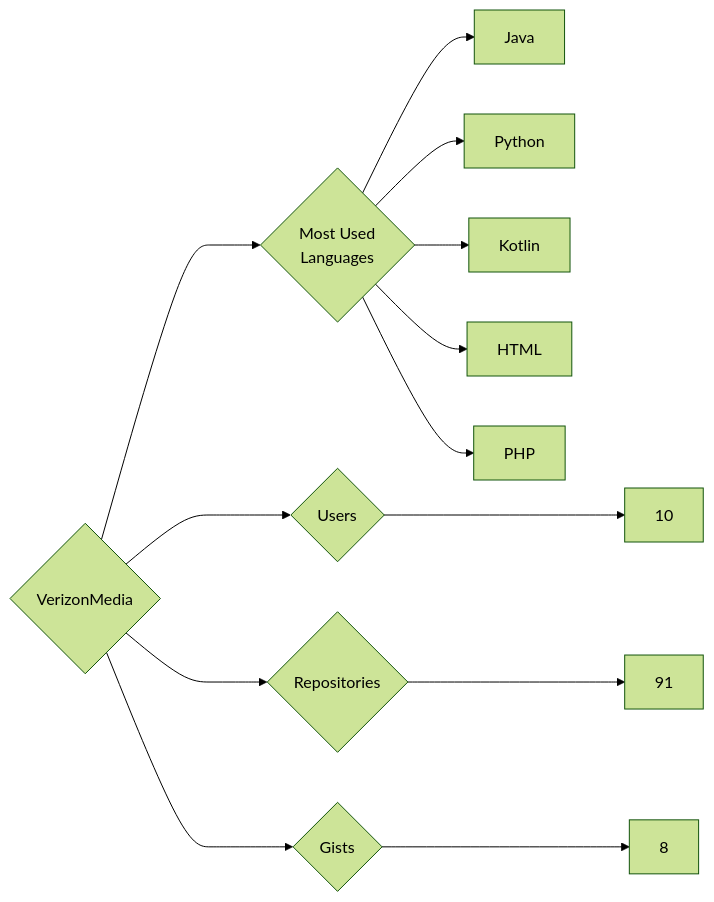
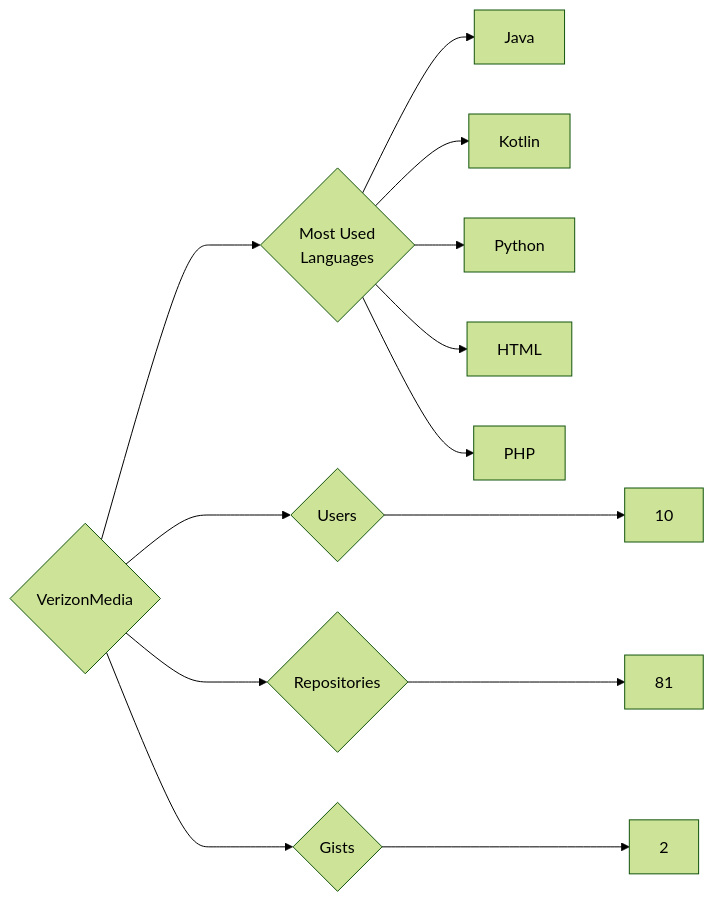
One commit to trickest/insiders changed the diagram in targets/VerizonMedia/README.md. Above: the diagram before and after it, drawn with Mermaid (forest theme). The commit also changed 1479 other files, not shown here.

````diff
--- a/targets/VerizonMedia/README.md
+++ b/targets/VerizonMedia/README.md
@@ -3,13 +3,13 @@
 ```mermaid
 graph LR
 COMPANY_NAME{VerizonMedia}
 COMPANY_NAME ---> U{Users} ---> UN[10]
-COMPANY_NAME ---> R{Repositories} ---> RN[91]
-COMPANY_NAME ---> G{Gists} ---> GN[8]
+COMPANY_NAME ---> R{Repositories} ---> RN[81]
+COMPANY_NAME ---> G{Gists} ---> GN[2]
 COMPANY_NAME ---> ML{Most Used<br>Languages}
 ML --> Java[Java]
+ML --> Kotlin[Kotlin]
 ML --> Python[Python]
-ML --> Kotlin[Kotlin]
 ML --> HTML[HTML]
 ML --> PHP[PHP]
 ```
````
